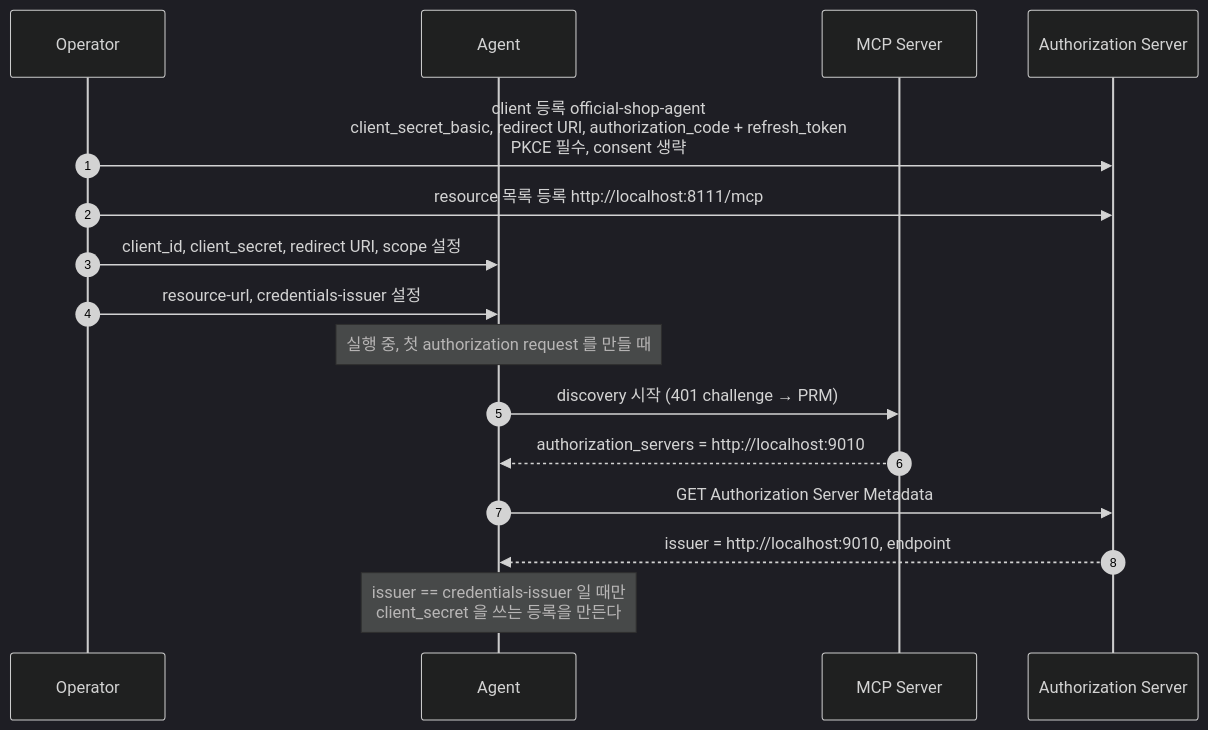
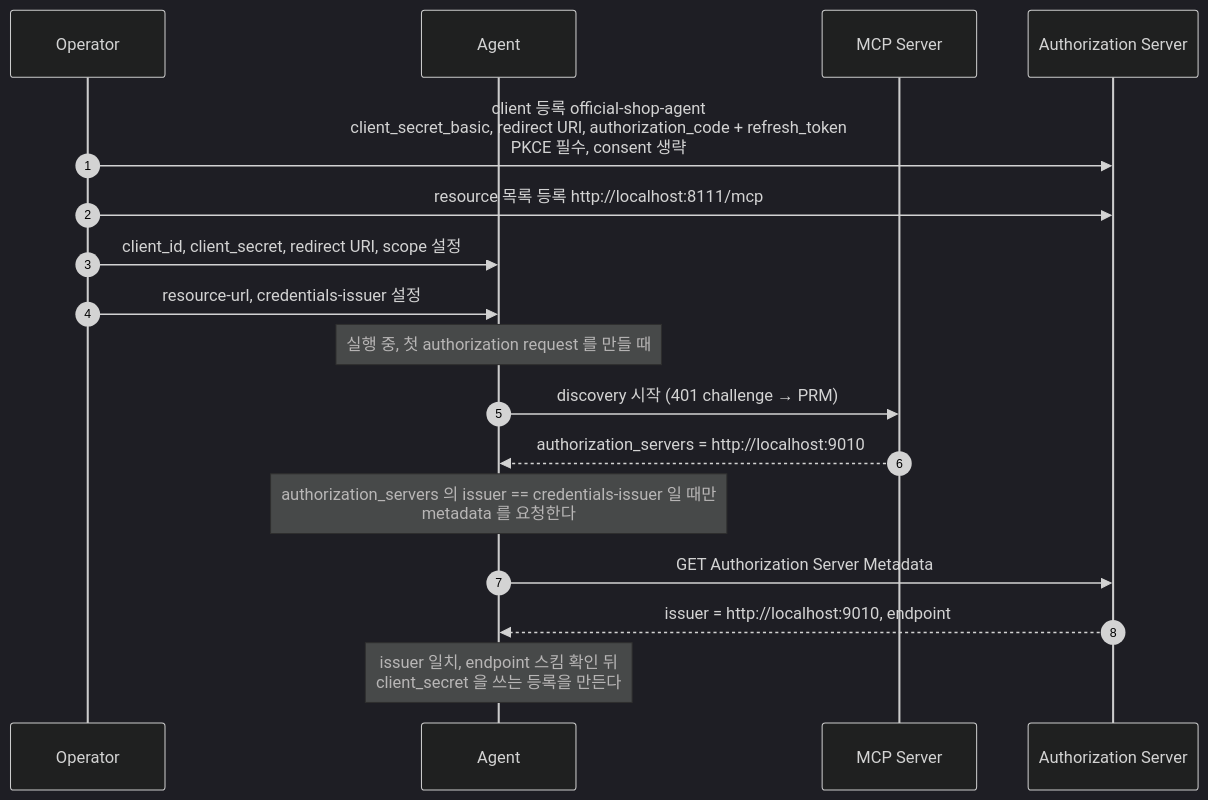
Before and after one commit to starryeye/spring-ai: the second of 13 diagrams in practice/MCP-SEQUENCES.md, drawn with Mermaid (dark theme). The commit also changed other lines of this file and 1 other file, not shown here.

````diff
--- a/practice/MCP-SEQUENCES.md
+++ b/practice/MCP-SEQUENCES.md
@@ -71,18 +79,19 @@
 ```mermaid
 sequenceDiagram
     autonumber
     participant O as Operator
     participant G as Agent
     participant M as MCP Server
     participant A as Authorization Server
     O->>A: client 등록 official-shop-agent<br/>client_secret_basic, redirect URI, authorization_code + refresh_token<br/>PKCE 필수, consent 생략
     O->>A: resource 목록 등록 http://localhost:8111/mcp
     O->>G: client_id, client_secret, redirect URI, scope 설정
     O->>G: resource-url, credentials-issuer 설정
     Note over G: 실행 중, 첫 authorization request 를 만들 때
     G->>M: discovery 시작 (401 challenge → PRM)
     M-->>G: authorization_servers = http://localhost:9010
+    Note over G: authorization_servers 의 issuer == credentials-issuer 일 때만<br/>metadata 를 요청한다
     G->>A: GET Authorization Server Metadata
     A-->>G: issuer = http://localhost:9010, endpoint
-    Note over G: issuer == credentials-issuer 일 때만<br/>client_secret 을 쓰는 등록을 만든다
+    Note over G: issuer 일치, endpoint 스킴 확인 뒤<br/>client_secret 을 쓰는 등록을 만든다
 ```
````
